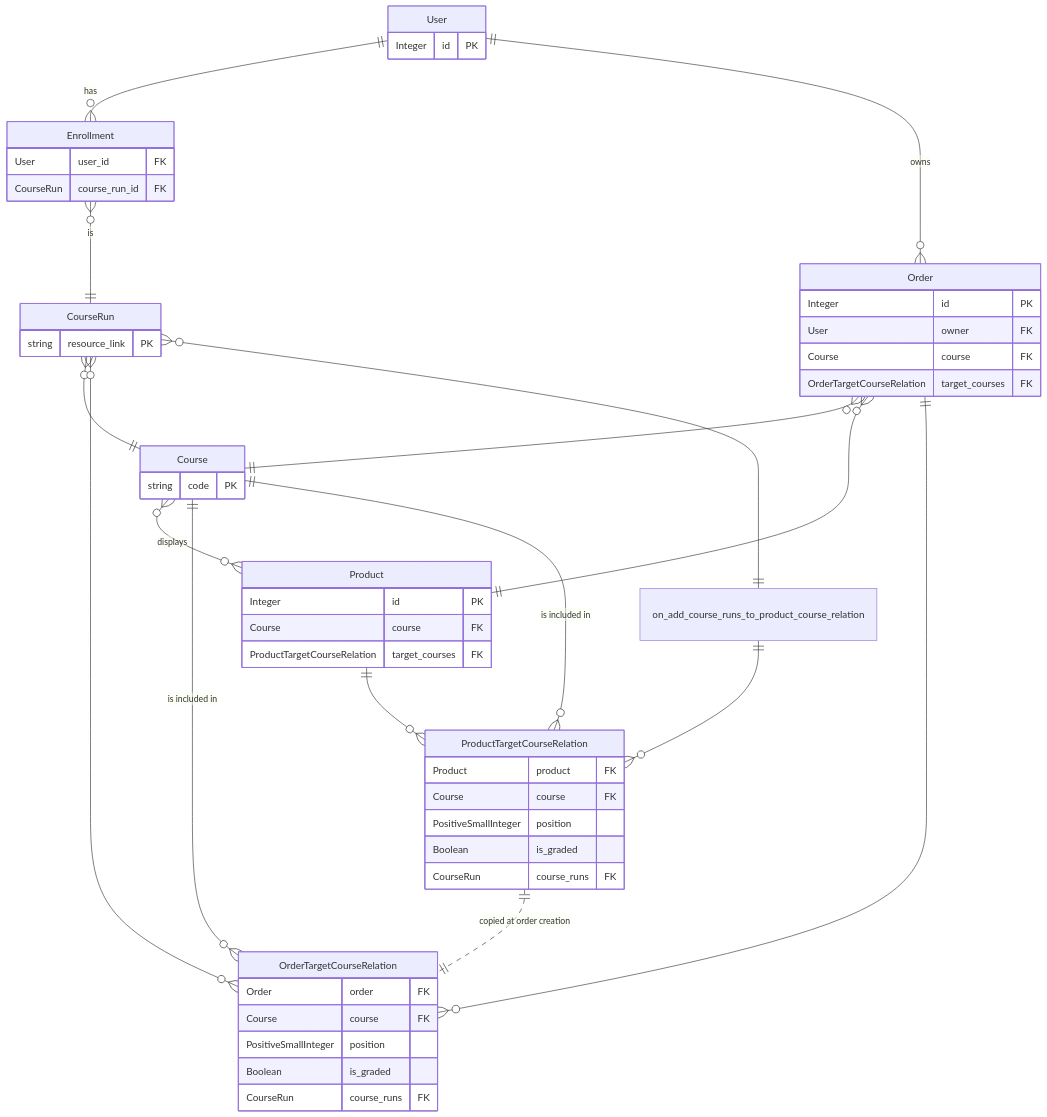
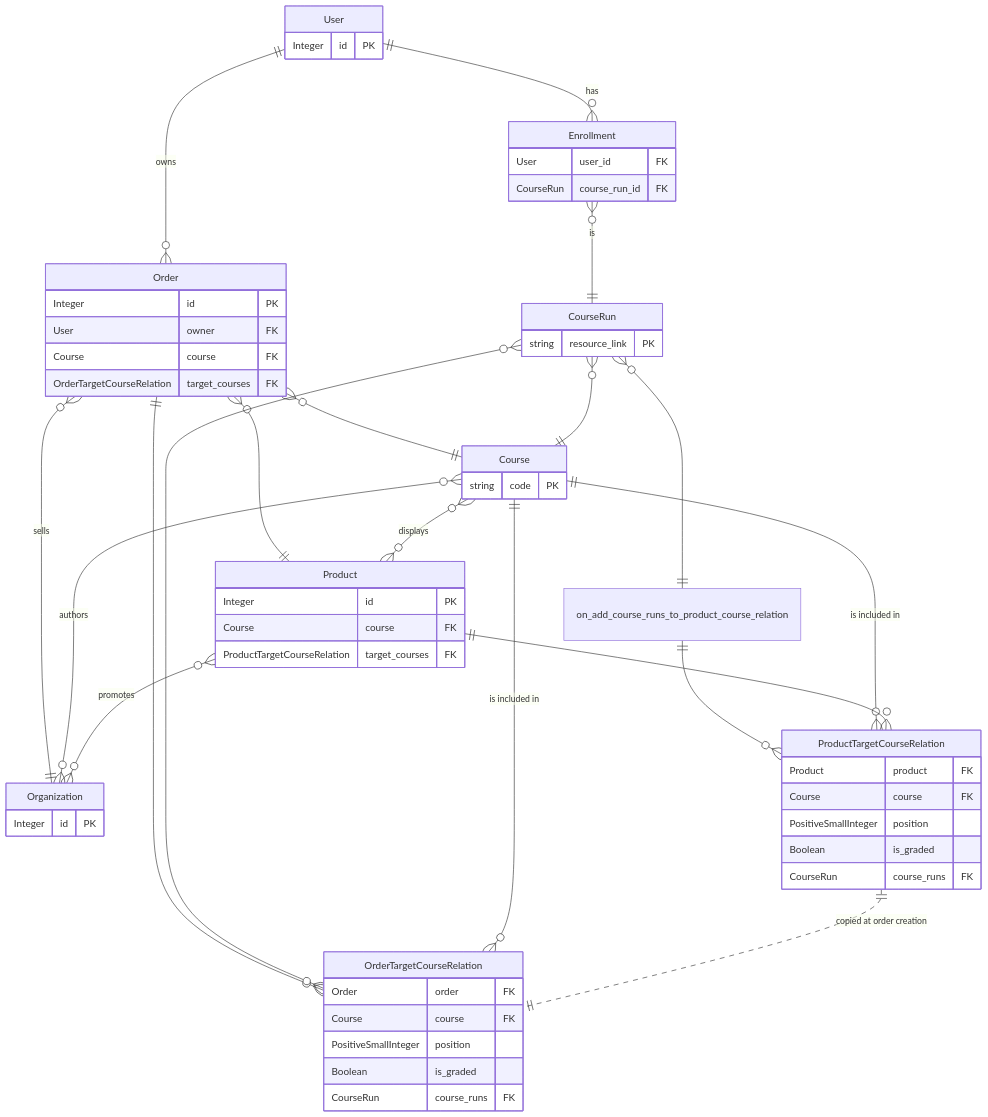
One commit to openfun/joanie changed the first of 3 diagrams in docs/reference/models.md. Above: the diagram before and after it, drawn with Mermaid. The commit also changed other lines of this file and 24 other files, not shown here.

````diff
--- a/docs/reference/models.md
+++ b/docs/reference/models.md
@@ -9,69 +9,75 @@
 ```mermaid
 erDiagram
 
     %% Models
         User {
             Integer id PK
-        }        
+        }
+        Organization {
+            Integer id PK
+        }
         Enrollment {
             User user_id FK
             CourseRun course_run_id FK
         }
         Order {
             Integer id PK
             User owner FK
             Course course FK
             OrderTargetCourseRelation target_courses FK
         }
         CourseRun {
             string resource_link PK
         }
         Course {
             string code PK 
         }
         Product {
             Integer id PK
             Course course FK
             ProductTargetCourseRelation target_courses FK
         }
         
         ProductTargetCourseRelation {
             Product product FK
             Course course FK
             PositiveSmallInteger position
             Boolean is_graded
             CourseRun course_runs FK
         }
         
         OrderTargetCourseRelation {
             Order order FK
             Course course FK
             PositiveSmallInteger position
             Boolean is_graded
             CourseRun course_runs FK
         }
         
     
     %% Relations
         User ||--o{ Enrollment : "has"
         User ||--o{ Order: "owns"
         
         Enrollment }o--|| CourseRun : "is"
         
         Order }o--|| Course : ""
+        Order }o--|| Organization : "sells"
         Order }o--|| Product : ""
         Order ||--o{ OrderTargetCourseRelation : ""
         
         CourseRun }o--|| Course : ""
         CourseRun }o--o{ OrderTargetCourseRelation : "" 
         CourseRun }o--|| on_add_course_runs_to_product_course_relation : ""
         on_add_course_runs_to_product_course_relation || -- o{ ProductTargetCourseRelation : ""
         
+        Course }o--o{ Organization : "authors"
         Course }o--o{ Product : "displays"
         Course ||--o{ OrderTargetCourseRelation : "is included in"
         Course ||--o{ ProductTargetCourseRelation : "is included in"
-        
+
+        Product }o--o{ Organization : "promotes"
         Product ||--o{ ProductTargetCourseRelation : ""
         
         ProductTargetCourseRelation ||..|| OrderTargetCourseRelation : "copied at order creation"
 ```
````
